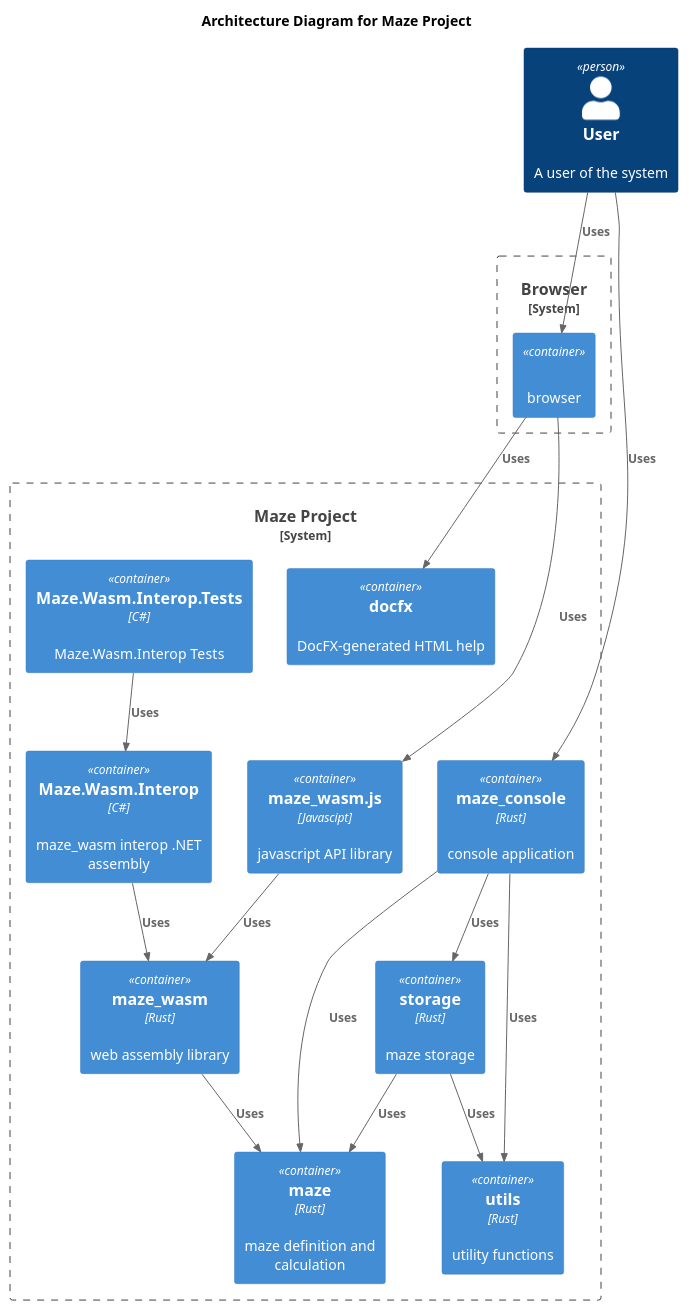
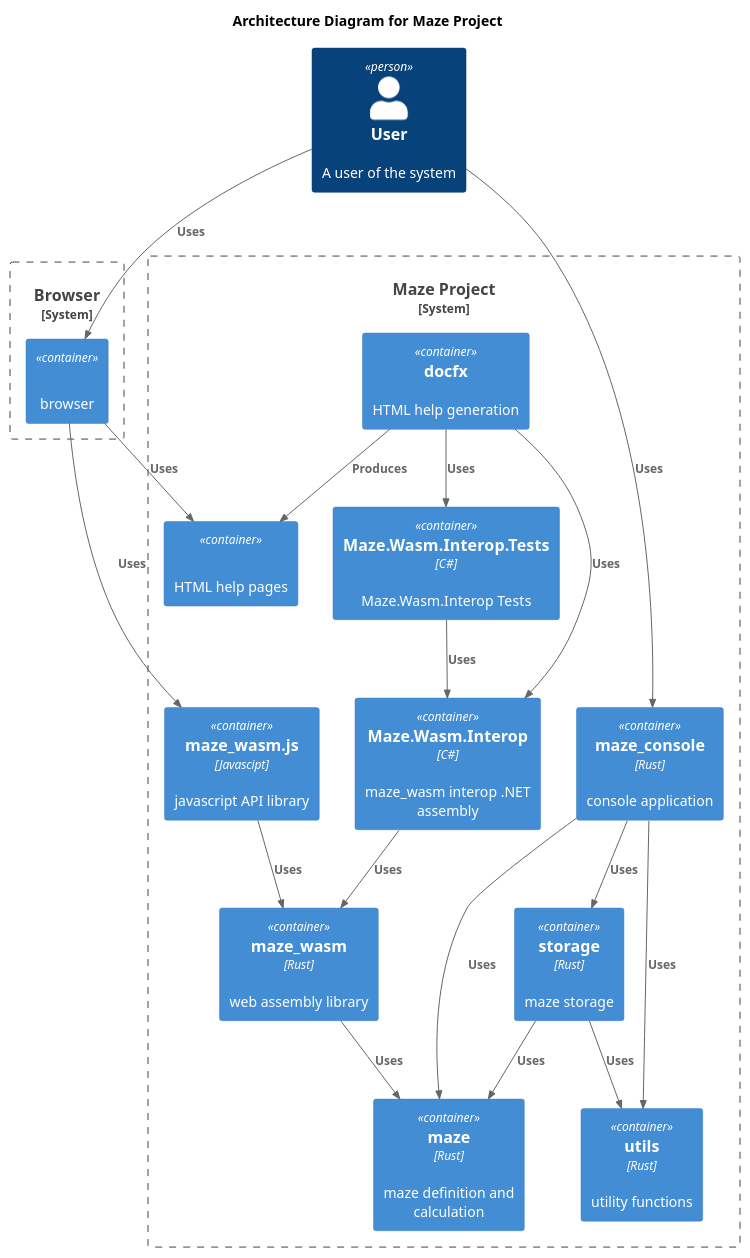
Before and after one commit to budgiedownunder/maze: the diagram in docs/diagrams/architecture.puml, drawn with PlantUML.

Commit message:
Update architecture diagram

```diff
--- a/docs/diagrams/architecture.puml
+++ b/docs/diagrams/architecture.puml
@@ -2,39 +2,43 @@
 @startuml
 
 !include https://raw.githubusercontent.com/plantuml-stdlib/C4-PlantUML/master/C4_Container.puml
 
 title Architecture Diagram for Maze Project
 
 Person(user, "User", "A user of the system")
 
 System_Boundary(c1, "Browser") {
     Container(browser, "", "", "browser")
 }
 
 System_Boundary(c2, "Maze Project") {
-    Container(docfx, "docfx", "", "DocFX-generated HTML help")
+    Container(html_help, "", "", "HTML help pages")
+    Container(docfx, "docfx", "", "HTML help generation")
     Container(maze_wasm_interop_net_tests, "Maze.Wasm.Interop.Tests", "C#", "Maze.Wasm.Interop Tests")
     Container(maze_wasm_interop_net, "Maze.Wasm.Interop", "C#", "maze_wasm interop .NET assembly")
     Container(maze_wasm_js, "maze_wasm.js", "Javascipt", "javascript API library")
     Container(maze_wasm, "maze_wasm", "Rust", "web assembly library")
     Container(maze_console, "maze_console", "Rust", "console application")
     Container(storage, "storage", "Rust", "maze storage")
     Container(maze, "maze", "Rust", "maze definition and calculation")
     Container(utils, "utils", "Rust", "utility functions")
 }
 
 Rel(user, browser, "Uses")
-Rel(browser, docfx, "Uses")
+Rel(browser, html_help, "Uses")
 Rel(browser, maze_wasm_js, "Uses")
+Rel(docfx, html_help, "Produces")
+Rel(docfx, maze_wasm_interop_net_tests, "Uses")
+Rel(docfx, maze_wasm_interop_net, "Uses")
 Rel(user, maze_console, "Uses")
 Rel(maze_console, maze, "Uses")
 Rel(maze_console, storage, "Uses")
 Rel(maze_console, utils, "Uses")
 Rel(maze_wasm_interop_net_tests, maze_wasm_interop_net, "Uses")
 Rel(maze_wasm_interop_net, maze_wasm, "Uses")
 Rel(maze_wasm_js, maze_wasm, "Uses")
 Rel(maze_wasm, maze, "Uses")
 Rel(storage, maze, "Uses")
 Rel(storage, utils, "Uses")
 
 @enduml
```
